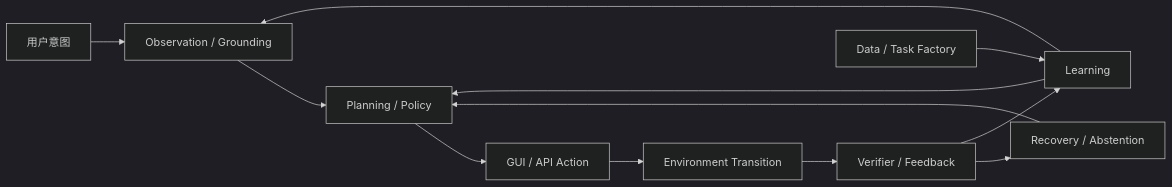
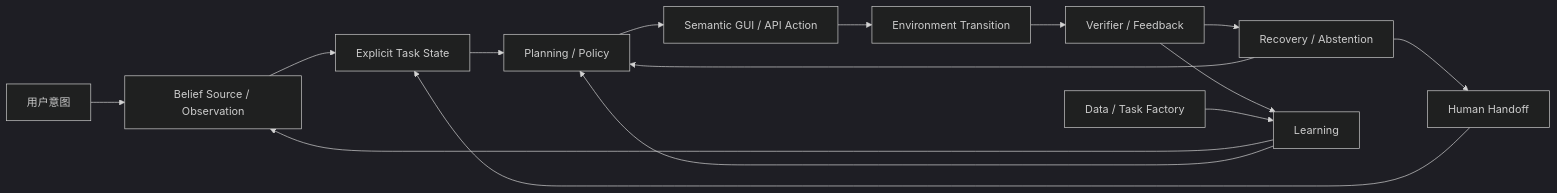
The diagram in Topics/GUIAgent-Survey.md (Kendrick-Stein/MCISLAB_DeepRead), drawn with Mermaid (dark theme) before and after one commit. The commit also changed other lines of this file and 13 other files, not shown here.

````diff
--- a/Topics/GUIAgent-Survey.md
+++ b/Topics/GUIAgent-Survey.md
@@ -25,14 +35,17 @@
 ```mermaid
 flowchart LR
-  I["用户意图"] --> O["Observation / Grounding"]
-  O --> P["Planning / Policy"]
-  P --> A["GUI / API Action"]
+  I["用户意图"] --> O["Belief Source / Observation"]
+  O --> S["Explicit Task State"]
+  S --> P["Planning / Policy"]
+  P --> A["Semantic GUI / API Action"]
   A --> E["Environment Transition"]
   E --> V["Verifier / Feedback"]
   V --> R["Recovery / Abstention"]
   R --> P
+  R --> H["Human Handoff"]
+  H --> S
   V --> L["Learning"]
   D["Data / Task Factory"] --> L
   L --> O
   L --> P
 ```
````
